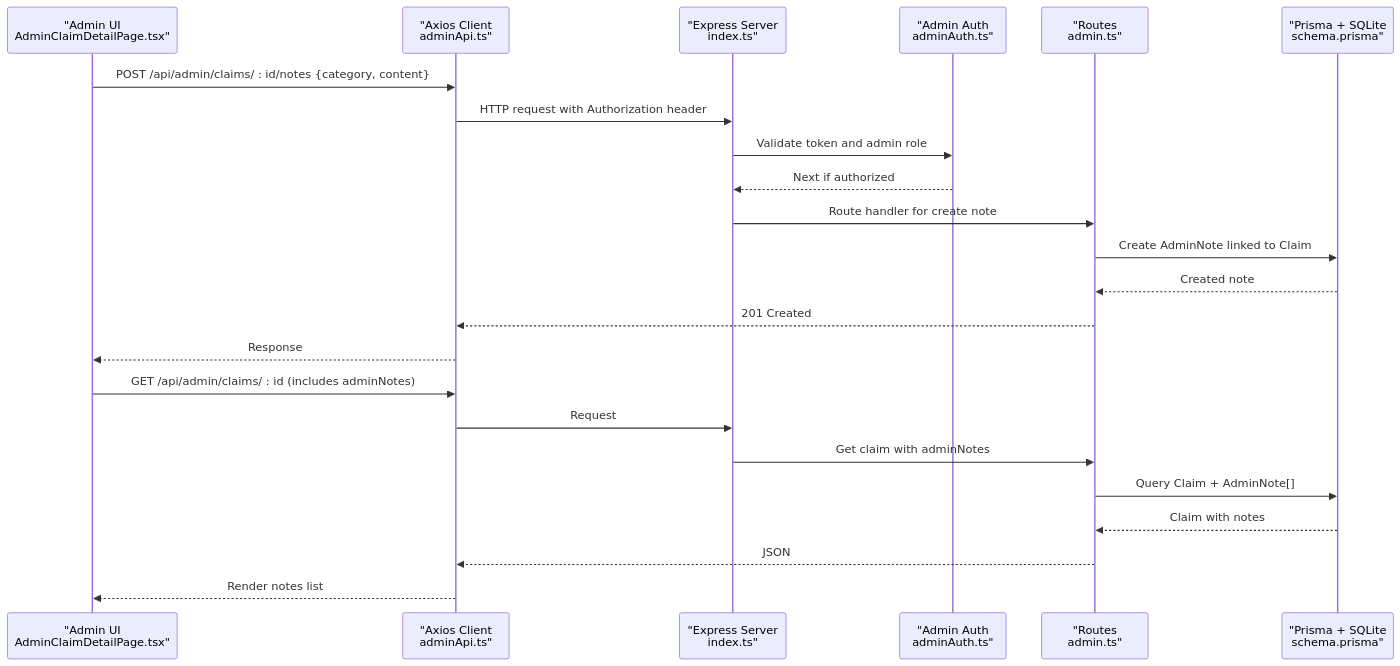
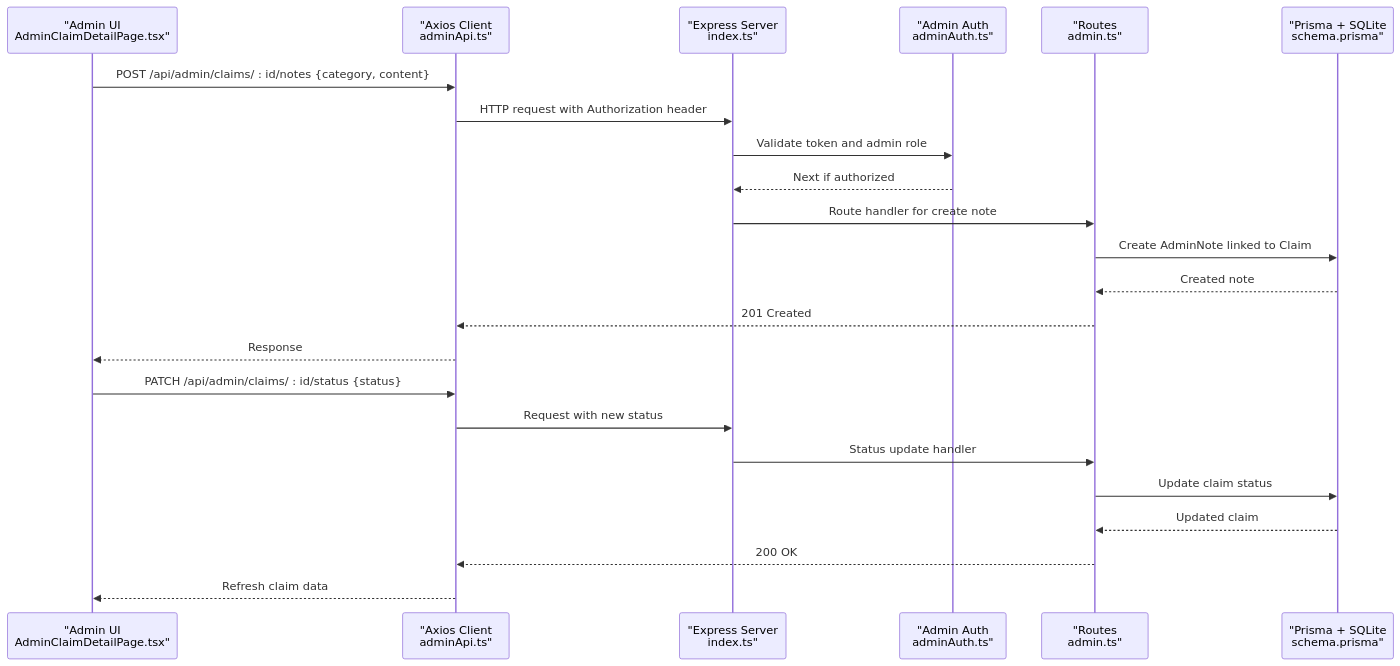
One commit to NaveenHiranya/Smart-Vehicle-Insurance-Claim-System changed the second of 7 diagrams in .qoder/repowiki/en/content/Frontend Documentation/Pages and Views/Admin Pages/Admin Note System.md. Above: the diagram before and after it, drawn with Mermaid. The commit also changed other lines of this file and 33 other files, not shown here.

````diff
--- a/.qoder/repowiki/en/content/Frontend Documentation/Pages and Views/Admin Pages/Admin Note System.md
+++ b/.qoder/repowiki/en/content/Frontend Documentation/Pages and Views/Admin Pages/Admin Note System.md
@@ -114,25 +117,25 @@
 ```mermaid
 sequenceDiagram
 participant FE as "Admin UI<br/>AdminClaimDetailPage.tsx"
 participant API as "Axios Client<br/>adminApi.ts"
 participant BE as "Express Server<br/>index.ts"
 participant MW as "Admin Auth<br/>adminAuth.ts"
 participant RT as "Routes<br/>admin.ts"
 participant DB as "Prisma + SQLite<br/>schema.prisma"
 FE->>API : POST /api/admin/claims/ : id/notes {category, content}
 API->>BE : HTTP request with Authorization header
 BE->>MW : Validate token and admin role
 MW-->>BE : Next if authorized
 BE->>RT : Route handler for create note
 RT->>DB : Create AdminNote linked to Claim
 DB-->>RT : Created note
 RT-->>API : 201 Created
 API-->>FE : Response
-FE->>API : GET /api/admin/claims/ : id (includes adminNotes)
-API->>BE : Request
-BE->>RT : Get claim with adminNotes
-RT->>DB : Query Claim + AdminNote[]
-DB-->>RT : Claim with notes
-RT-->>API : JSON
-API-->>FE : Render notes list
+FE->>API : PATCH /api/admin/claims/ : id/status {status}
+API->>BE : Request with new status
+BE->>RT : Status update handler
+RT->>DB : Update claim status
+DB-->>RT : Updated claim
+RT-->>API : 200 OK
+API-->>FE : Refresh claim data
 ```
````
